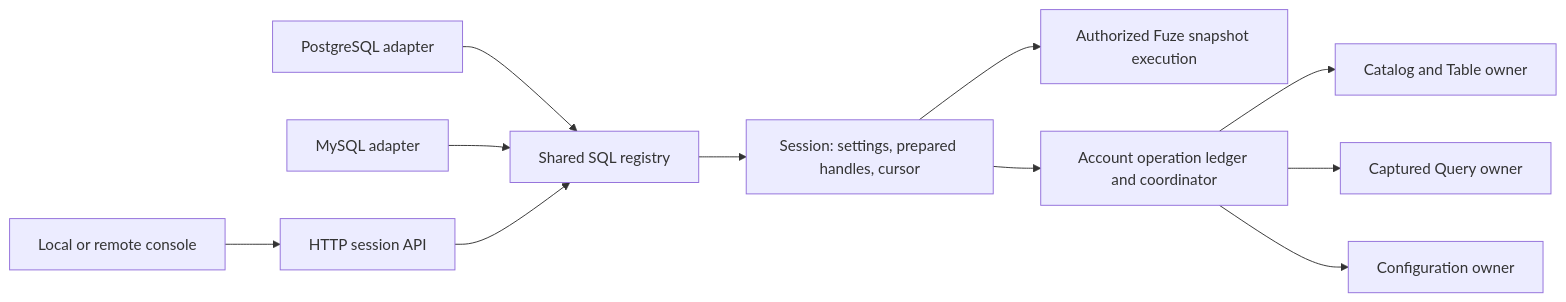
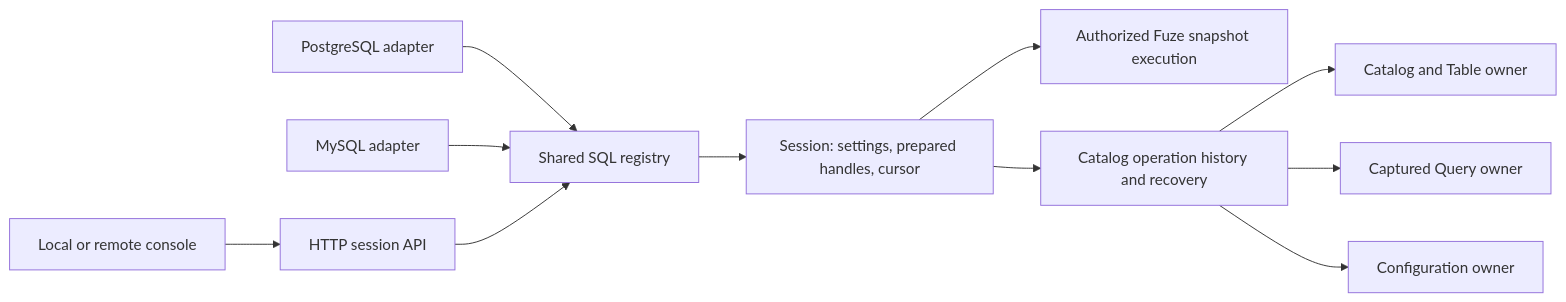
Before and after one commit to spoke-sh/transit: the second of 2 diagrams in docs/handbook/internals/service-interfaces.md, drawn with Mermaid. The commit also changed other lines of this file and 231 other files, not shown here.

````diff
--- a/docs/handbook/internals/service-interfaces.md
+++ b/docs/handbook/internals/service-interfaces.md
@@ -220,13 +227,13 @@
 ```mermaid
 flowchart LR
   Console[Local or remote console] --> Native[HTTP session API]
   PG[PostgreSQL adapter] --> Registry[Shared SQL registry]
   MY[MySQL adapter] --> Registry
   Native --> Registry
   Registry --> Session[Session: settings, prepared handles, cursor]
   Session --> Read[Authorized Fuze snapshot execution]
-  Session --> Account[Account operation ledger and coordinator]
+  Session --> Account[Catalog operation history and recovery]
   Account --> Catalog[Catalog and Table owner]
   Account --> Query[Captured Query owner]
   Account --> Settings[Configuration owner]
 ```
````
